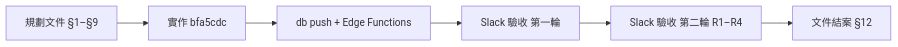
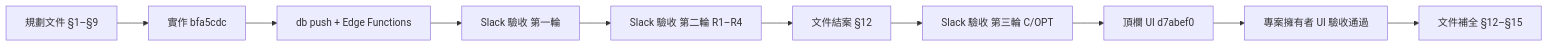
One commit to kratoswrathful-wy/talk-hanzi-joy changed the fourth of 4 diagrams in docs/CAT_LMS_TEST_MODE_IMPL_PLAN_2026-06.md. Above: the diagram before and after it, drawn with Mermaid. The commit also changed other lines of this file and 1 other file, not shown here.

````diff
--- a/docs/CAT_LMS_TEST_MODE_IMPL_PLAN_2026-06.md
+++ b/docs/CAT_LMS_TEST_MODE_IMPL_PLAN_2026-06.md
@@ -286,8 +291,12 @@
 ```mermaid
 flowchart LR
   plan["規劃文件 §1–§9"] --> impl["實作 bfa5cdc"]
   impl --> deploy["db push + Edge Functions"]
   deploy --> round1["Slack 驗收 第一輪"]
   round1 --> round2["Slack 驗收 第二輪 R1–R4"]
   round2 --> docClose["文件結案 §12"]
+  docClose --> round3["Slack 驗收 第三輪 C/OPT"]
+  round3 --> uiFix["頂欄 UI d7abef0"]
+  uiFix --> ownerOk["專案擁有者 UI 驗收通過"]
+  ownerOk --> docFull["文件補全 §12–§15"]
 ```
````
